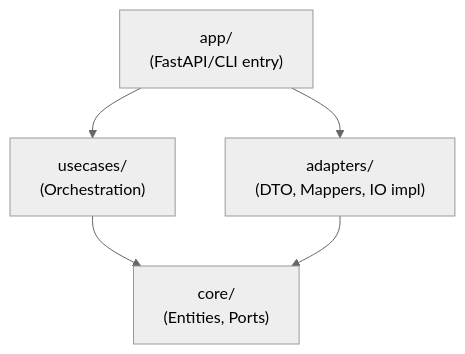
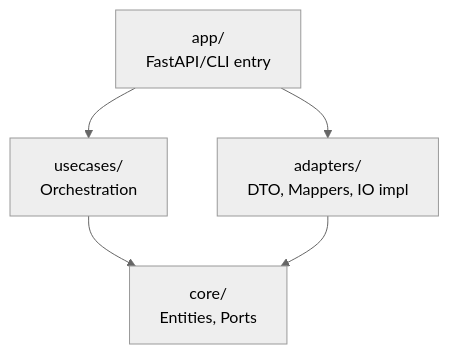
The second of 2 diagrams in content/input&기록/2025-12-27.md (changhyeon363/blog), drawn with Mermaid (neutral theme) before and after one commit. The commit also changed other lines of this file, not shown here.

Commit message:
vault backup: 2025-12-27 08:25:03

````diff
--- a/content/input&기록/2025-12-27.md
+++ b/content/input&기록/2025-12-27.md
@@ -938,24 +940,24 @@
 ```mermaid
 flowchart TB
   %% =========================
   %% Allowed dependency rule summary
   %% =========================
 
-  core["core/<br>(Entities, Ports)"]
-  usecases["usecases/<br>(Orchestration)"]
-  adapters["adapters/<br>(DTO, Mappers, IO impl)"]
-  app["app/<br>(FastAPI/CLI entry)"]
+  core["core/<br>Entities, Ports"]
+  usecases["usecases/<br>Orchestration"]
+  adapters["adapters/<br>DTO, Mappers, IO impl"]
+  app["app/<br>FastAPI/CLI entry"]
 
   %% "can depend on" arrows
   app --> usecases
   app --> adapters
   usecases --> core
   adapters --> core
 
   %% forbidden (intentionally not drawn):
   %% core --> anything
   %% core --> adapters/usecases/app
   %% usecases --> adapters/app
   %% adapters --> app/usecases
 
 ```
````
